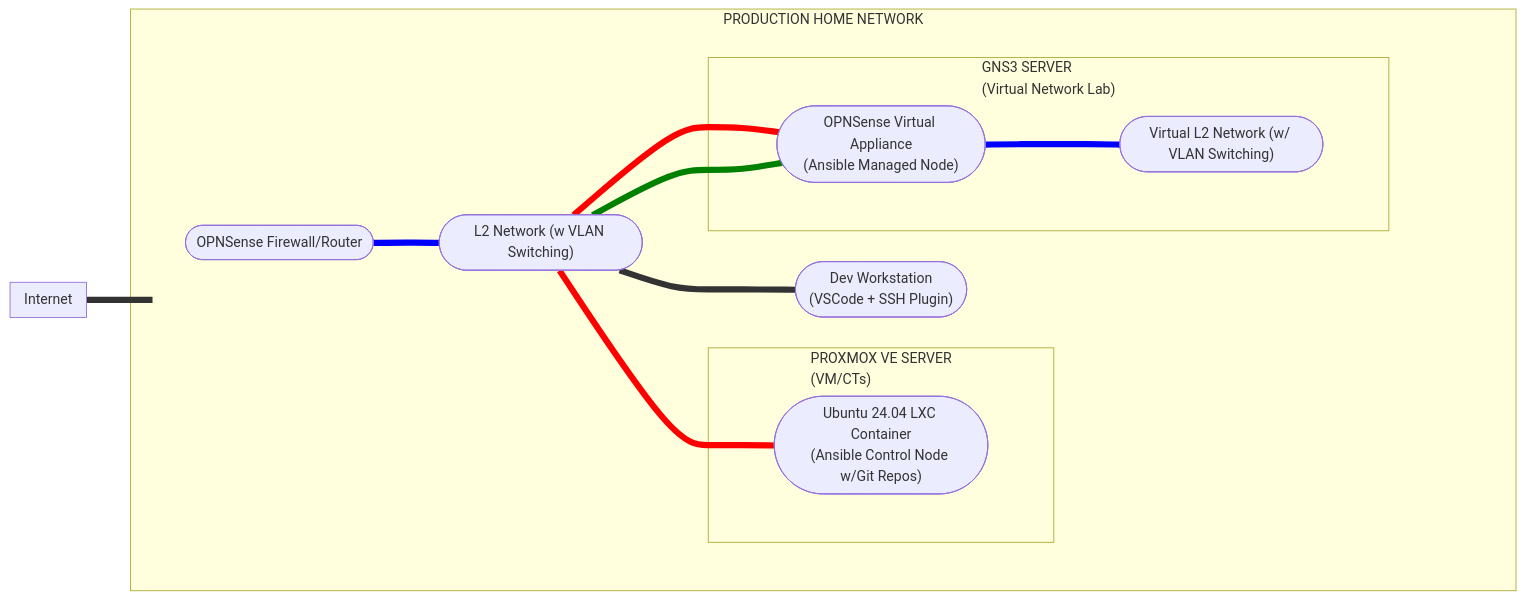
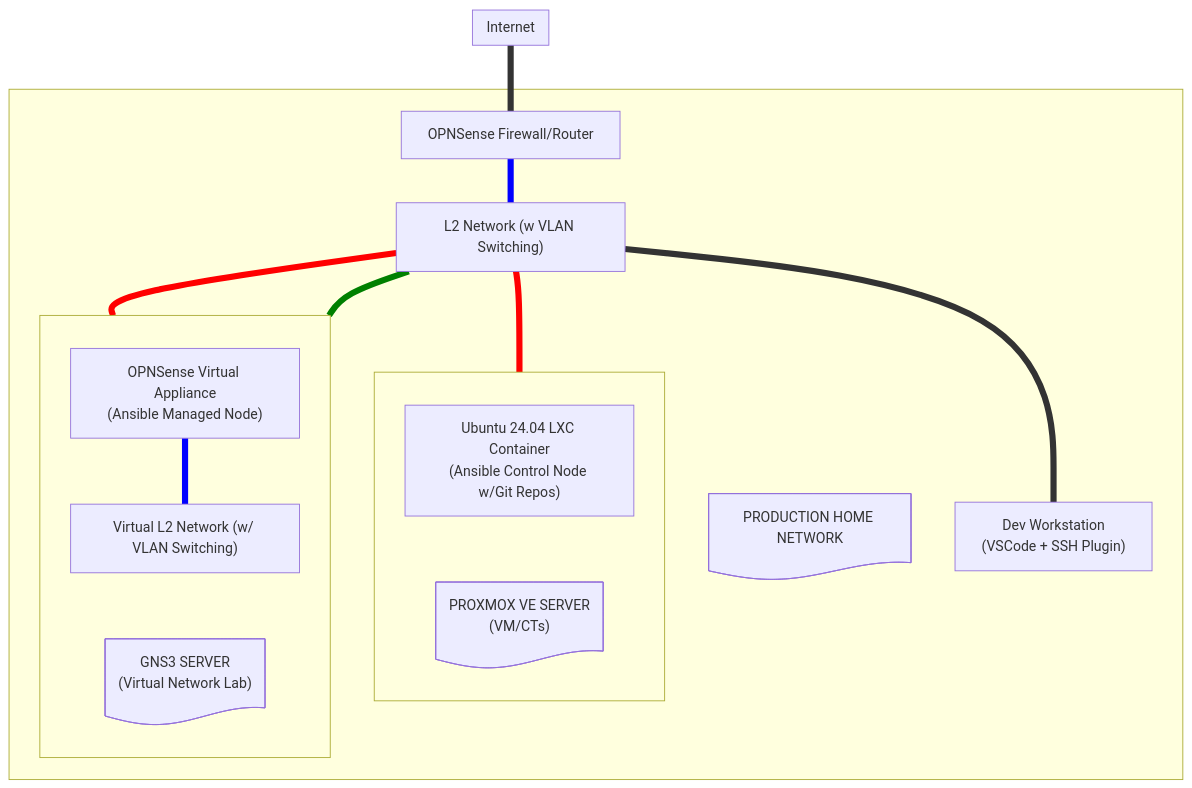
The diagram in docs/env_setup/index.md (drinferno2001/HOME_NETWORK_AUTOMATION_WIKI), drawn with Mermaid before and after one commit.

Commit message:
Network Diagram: Modified layout to work in a top-down fashion and removed node titles in favor of nodes-for-titles (helps with top-down linking and prevents node or edge overlay).

````diff
--- a/docs/env_setup/index.md
+++ b/docs/env_setup/index.md
@@ -12,24 +12,30 @@
 ``` mermaid
-flowchart LR
+flowchart TD
 
     %%%%%%%%%%%
     %% NODES %%
     %%%%%%%%%%%
 
+    %% DEFINE TITLE NODES %%
+
+    PHN_Block_Title@{ shape: doc, label: "PRODUCTION HOME NETWORK" }
+    GNS_Block_Title@{ shape: doc, label: "GNS3 SERVER<br/>(Virtual Network Lab)" }
+    Proxmox_Block_Title@{ shape: doc, label: "PROXMOX VE SERVER<br/>(VM/CTs)" }
+
     %% Define Production Home Network Nodes
 
-    PRD_OPNSense(["OPNSense Firewall/Router"])
-    PRD_Switching(["L2 Network (w VLAN Switching)"])
-    DEV_Workstation(["Dev Workstation<br/>(VSCode + SSH Plugin)"])
+    PRD_OPNSense["OPNSense Firewall/Router"]
+    PRD_Switching["L2 Network (w VLAN Switching)"]
+    DEV_Workstation["Dev Workstation<br/>(VSCode + SSH Plugin)"]
 
     %% Define Proxmox Server Nodes
 
-    PVE_LXC(["Ubuntu 24.04 LXC Container<br/>(Ansible Control Node w/Git Repos)"])
+    PVE_LXC["Ubuntu 24.04 LXC Container<br/>(Ansible Control Node w/Git Repos)"]
 
     %% Define GNS3 Server Nodes
 
-    VIRT_OPNSense(["OPNSense Virtual Appliance<br/>(Ansible Managed Node)"])
-    VIRT_Switching(["Virtual L2 Network (w/ VLAN Switching)"])
+    VIRT_OPNSense["OPNSense Virtual Appliance<br/>(Ansible Managed Node)"]
+    VIRT_Switching["Virtual L2 Network (w/ VLAN Switching)"]
 
     %%%%%%%%%%%%%%%%%%%%%%%%%%%%%%%%
     %% DEFINE SUBGRAPH STRUCTURES %%
@@ -41,34 +47,27 @@
     end
     
     %% Define Production Home Network Subgraph (and any nested/formatting-type subgraphs)
-    subgraph Production_Home_Network [PRODUCTION HOME NETWORK]
-        subgraph PHN_Container[" "]
-            direction LR
+    subgraph Production_Home_Network [" "]
             
-            PRD_OPNSense
-            PRD_Switching
-            DEV_Workstation
-            
-            %% Define Proxmox VE Server Block
-            subgraph Proxmox_VE_Server ["PROXMOX VE SERVER<br/>(VM/CTs)"]
-                subgraph Proxmox_VE_Server_Padding[" "]
-                    PVE_LXC
-                end
-                Proxmox_VE_Server_Padding:::hidden
-            end
+        PHN_Block_Title
 
-            %% Define GNS3 Server Block
-            subgraph GNS3_Server ["GNS3 SERVER<br/>(Virtual Network Lab)"]
-                subgraph GNS3_Server_Padding[" "]
-                    VIRT_OPNSense
-                    VIRT_Switching
-                end
-
-                GNS3_Server_Padding:::hidden
-            end
+        PRD_OPNSense
+        PRD_Switching
+        DEV_Workstation
+        
+        %% Define Proxmox VE Server Block
+        subgraph Proxmox_VE_Server [" "]
+            direction TB
+            PVE_LXC
+            Proxmox_Block_Title
         end
 
-        subgraph PHN_Padding[" "]
+        %% Define GNS3 Server Block
+        subgraph GNS3_Server [" "]
+            direction TB
+            VIRT_OPNSense
+            VIRT_Switching
+            GNS_Block_Title
         end
     end
 
@@ -95,8 +94,9 @@
     %% Link ID: 6 (PROD LAN TO PROXMOX LXC)
     PRD_Switching === PVE_LXC
 
-    %% Link ID: 7 (HIDDEN LINK FOR Production Home Network block formatting)
-    PHN_Container:::hidden ~~~ PHN_Padding:::hidden
+    %% Link ID: 7, 8, 9 (TITLES)
+    VIRT_Switching ~~~ GNS_Block_Title
+    PVE_LXC ~~~ Proxmox_Block_Title
 
     %%%%%%%%%%%%
     %% Styles %%
````
